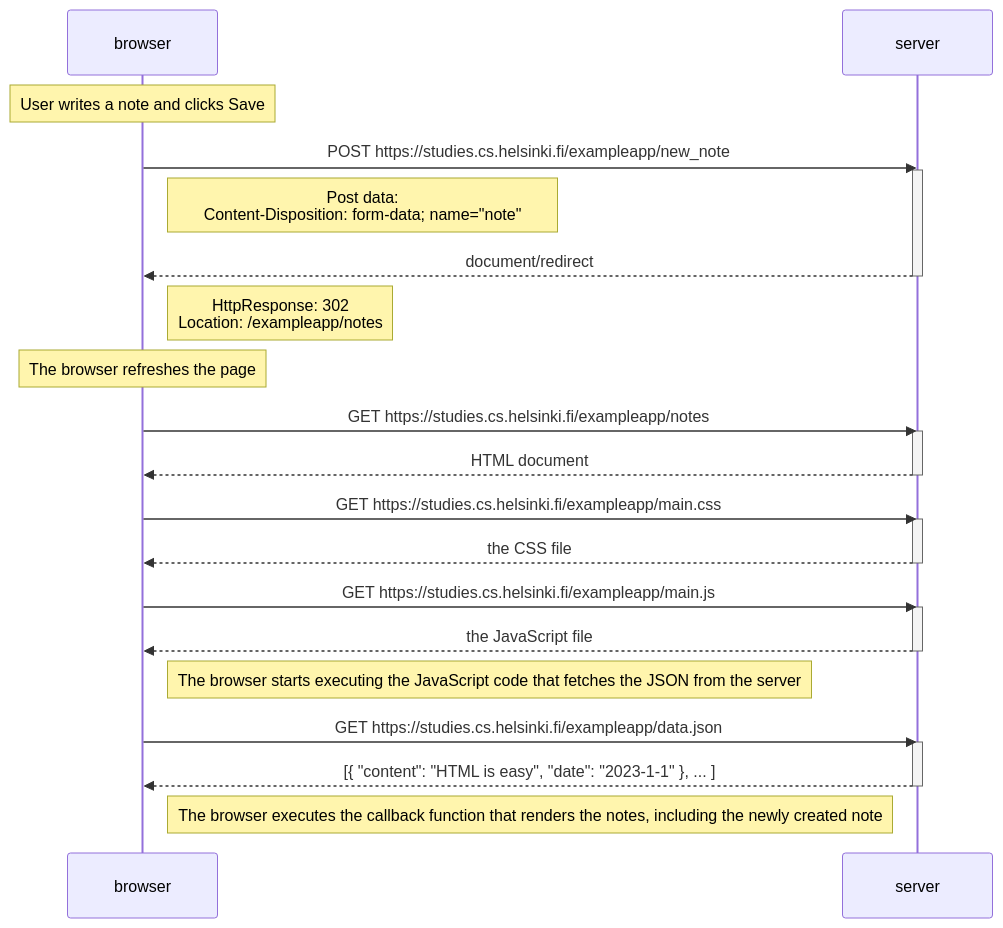
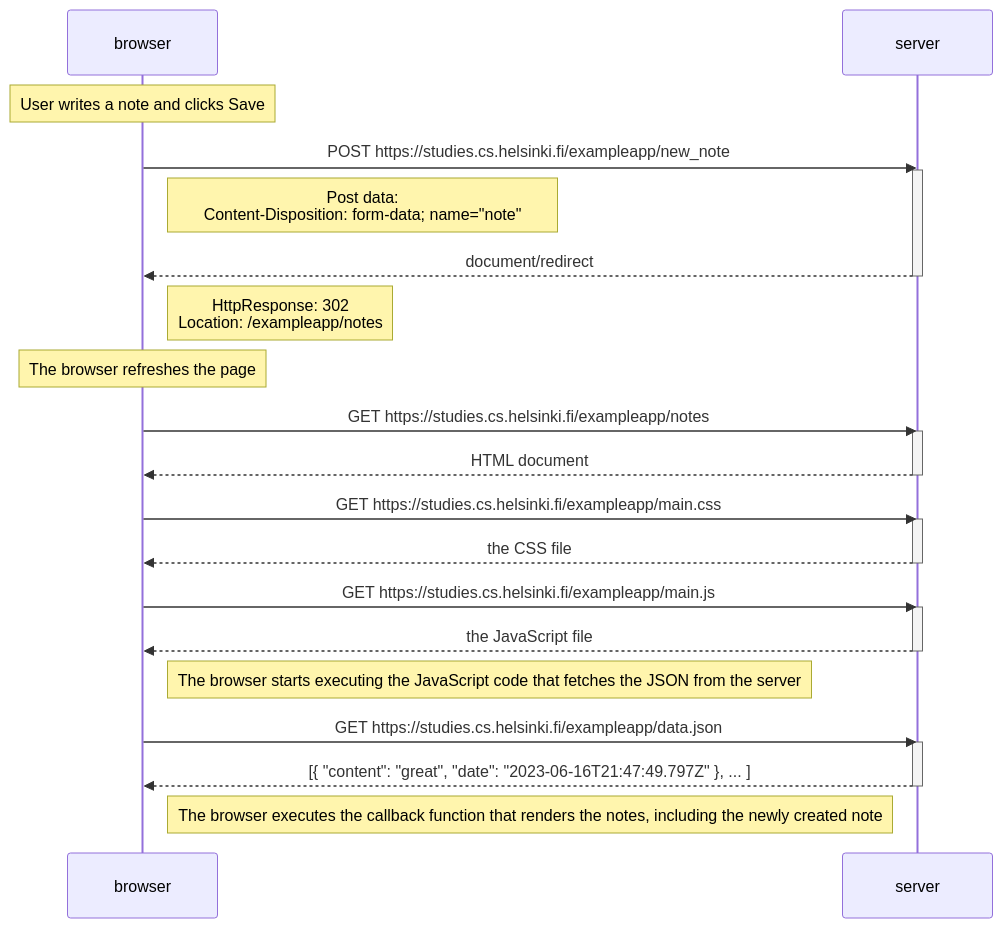
The diagram in part0/ex4.md (michaelikoko/fullstackopen_exercises), drawn with Mermaid before and after one commit.

````diff
--- a/part0/ex4.md
+++ b/part0/ex4.md
@@ -1,40 +1,40 @@
 ```mermaid
 sequenceDiagram
     participant browser
     participant server
 
     Note over browser: User writes a note and clicks Save
 
     browser->>server: POST https://studies.cs.helsinki.fi/exampleapp/new_note
     activate server
     Note right of browser: Post data:<br>Content-Disposition: form-data#59; name="note"
     server-->>browser: document/redirect
     deactivate server
     Note right of browser: HttpResponse: 302<br>Location: /exampleapp/notes
 
     Note over browser: The browser refreshes the page
     browser->>server: GET https://studies.cs.helsinki.fi/exampleapp/notes
     activate server
     server-->>browser: HTML document
     deactivate server
 
     browser->>server: GET https://studies.cs.helsinki.fi/exampleapp/main.css
     activate server
     server-->>browser: the CSS file
     deactivate server
 
     browser->>server: GET https://studies.cs.helsinki.fi/exampleapp/main.js
     activate server
     server-->>browser: the JavaScript file
     deactivate server
 
     Note right of browser: The browser starts executing the JavaScript code that fetches the JSON from the server
 
     browser->>server: GET https://studies.cs.helsinki.fi/exampleapp/data.json
     activate server
-    server-->>browser: [{ "content": "HTML is easy", "date": "2023-1-1" }, ... ]
+    server-->>browser: [{ "content": "great", "date": "2023-06-16T21:47:49.797Z" }, ... ]
     deactivate server
 
     Note right of browser: The browser executes the callback function that renders the notes, including the newly created note
 
 ```
````
